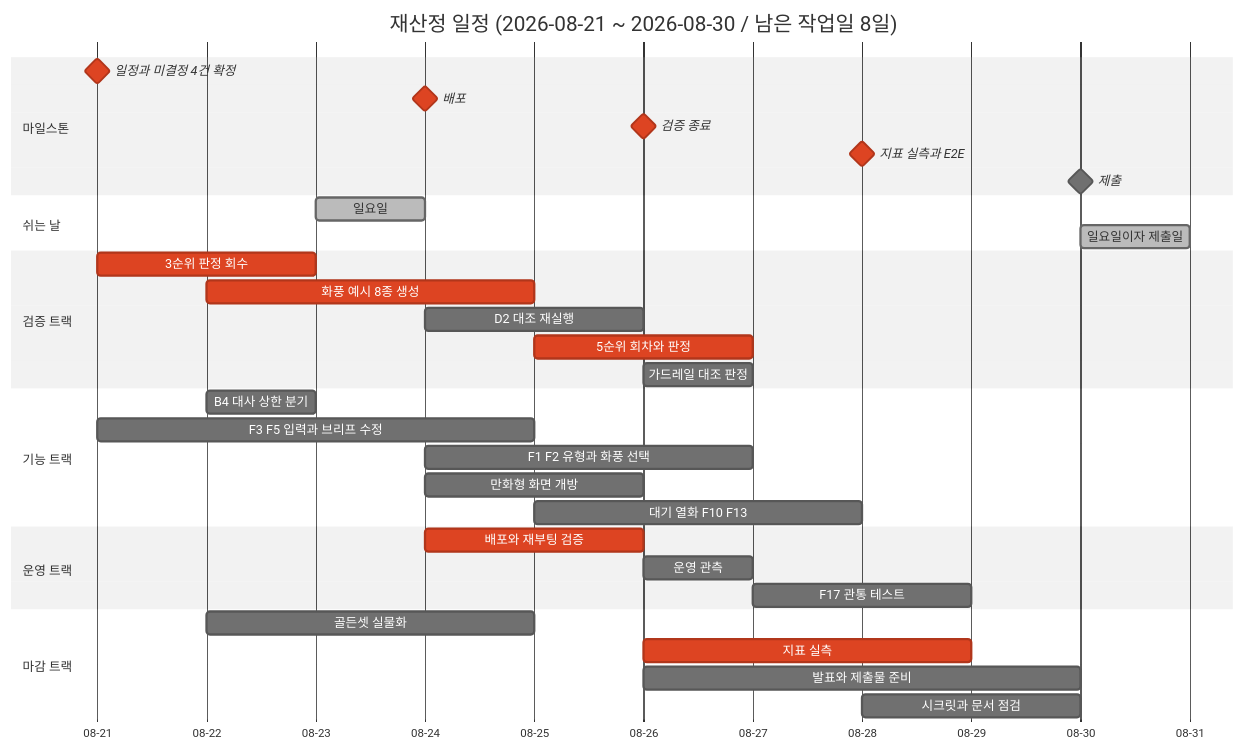
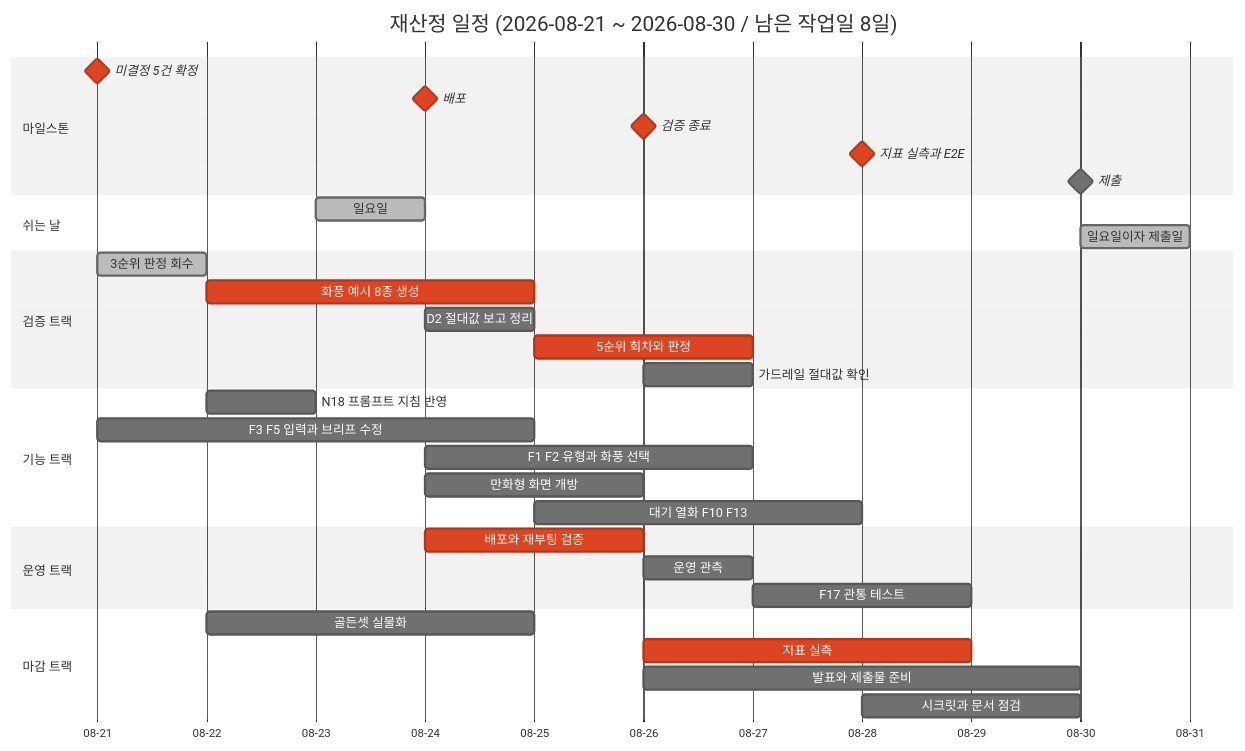
The first of 2 diagrams in docs/역할_일정/00-overall.md (Codeit-AI10-Part4-3Team/AI10-Part4-3Team-Advanced-Project), drawn with Mermaid (neutral theme) before and after one commit. The commit also changed other lines of this file and 8 other files, not shown here.

````diff
--- a/docs/역할_일정/00-overall.md
+++ b/docs/역할_일정/00-overall.md
@@ -115,42 +120,42 @@
 ```mermaid
 gantt
     title 재산정 일정 (2026-08-21 ~ 2026-08-30 / 남은 작업일 8일)
     dateFormat YYYY-MM-DD
     axisFormat %m-%d
 
     section 마일스톤
-    일정과 미결정 4건 확정 :crit, milestone, m1, 2026-08-21, 0d
+    미결정 5건 확정 :crit, milestone, m1, 2026-08-21, 0d
     배포                :crit, milestone, m2, 2026-08-24, 0d
     검증 종료            :crit, milestone, m3, 2026-08-26, 0d
     지표 실측과 E2E      :crit, milestone, m4, 2026-08-28, 0d
     제출                :milestone, m5, 2026-08-30, 0d
 
     section 쉬는 날
     일요일               :done, off1, 2026-08-23, 1d
     일요일이자 제출일      :done, off2, 2026-08-30, 1d
 
     section 검증 트랙
-    3순위 판정 회수       :crit, v1, 2026-08-21, 2d
+    3순위 판정 회수       :done, v1, 2026-08-21, 1d
     화풍 예시 8종 생성    :crit, v2, 2026-08-22, 3d
-    D2 대조 재실행       :v3, 2026-08-24, 2d
+    D2 절대값 보고 정리   :v3, 2026-08-24, 1d
     5순위 회차와 판정     :crit, v4, 2026-08-25, 2d
-    가드레일 대조 판정    :v5, 2026-08-26, 1d
+    가드레일 절대값 확인   :v5, 2026-08-26, 1d
 
     section 기능 트랙
-    B4 대사 상한 분기     :f1, 2026-08-22, 1d
+    N18 프롬프트 지침 반영 :f1, 2026-08-22, 1d
     F3 F5 입력과 브리프 수정 :f2, 2026-08-21, 4d
     F1 F2 유형과 화풍 선택 :f3, 2026-08-24, 3d
     만화형 화면 개방      :f4, 2026-08-24, 2d
     대기 열화 F10 F13    :f5, 2026-08-25, 3d
 
     section 운영 트랙
     배포와 재부팅 검증    :crit, o1, 2026-08-24, 2d
     운영 관측            :o2, 2026-08-26, 1d
     F17 관통 테스트      :o3, 2026-08-27, 2d
 
     section 마감 트랙
     골든셋 실물화        :q1, 2026-08-22, 3d
     지표 실측           :crit, q2, 2026-08-26, 3d
     발표와 제출물 준비    :q3, 2026-08-26, 4d
     시크릿과 문서 점검    :q4, 2026-08-28, 2d
 ```
````
